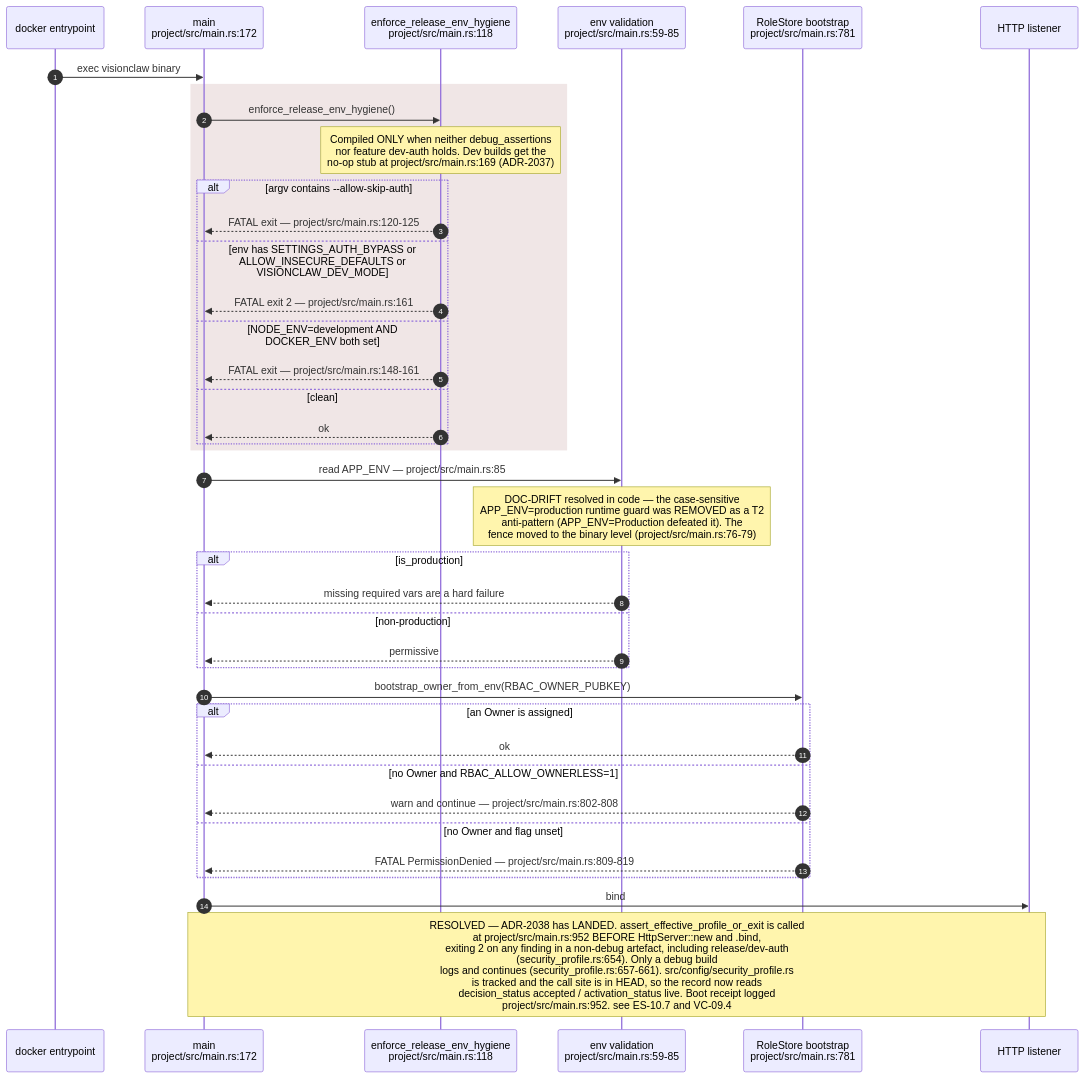
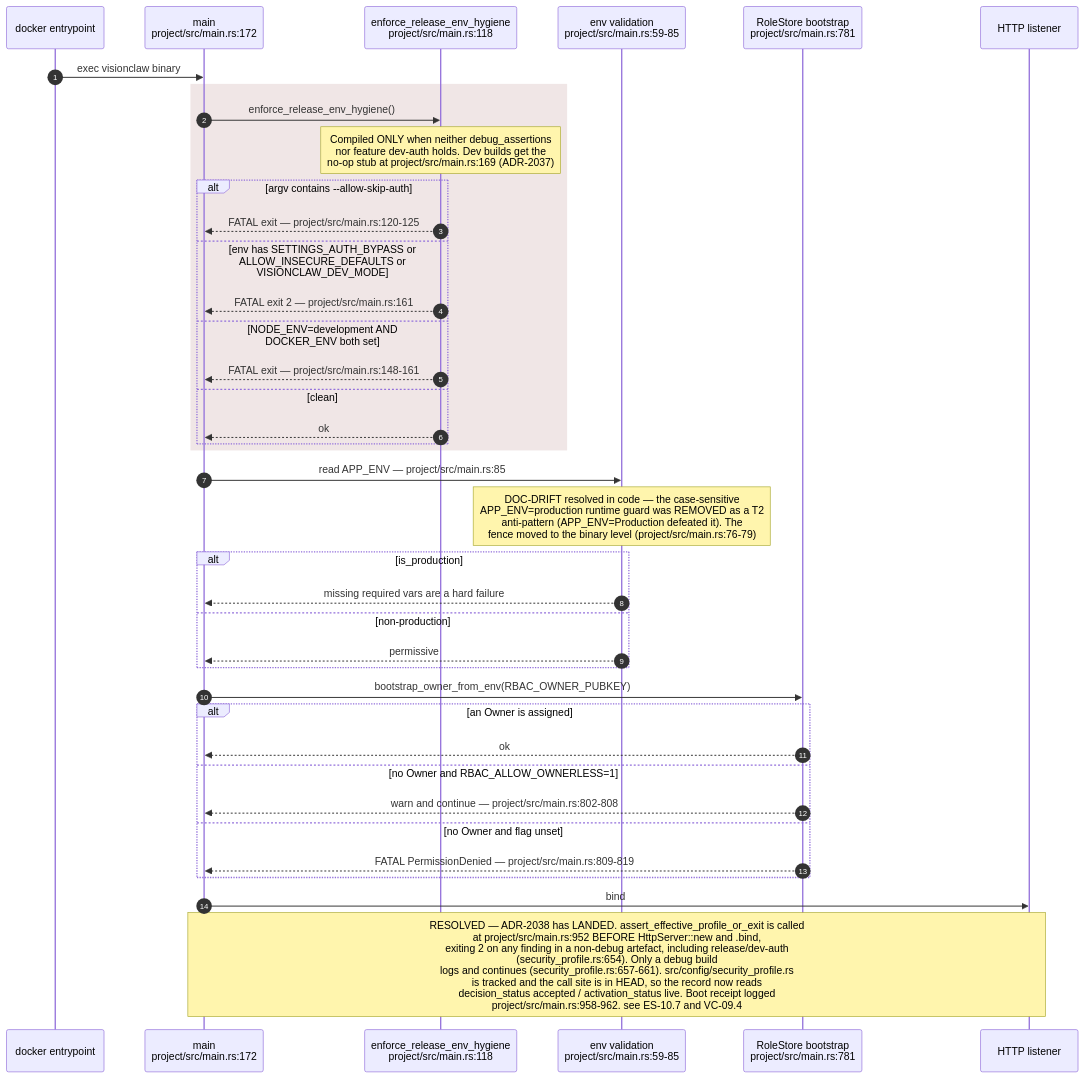
One commit to DreamLab-AI/VisionFlow changed the second of 11 diagrams in docs/diagrams/estate/10-deployment-and-security-profiles.md. Above: the diagram before and after it, drawn with Mermaid. The commit also changed other lines of this file and 91 other files, not shown here.

````diff
--- a/docs/diagrams/estate/10-deployment-and-security-profiles.md
+++ b/docs/diagrams/estate/10-deployment-and-security-profiles.md
@@ -102,42 +102,42 @@
 ```mermaid
 sequenceDiagram
     autonumber
     participant OS as docker entrypoint
     participant M as main<br/>project/src/main.rs:172
     participant EH as enforce_release_env_hygiene<br/>project/src/main.rs:118
     participant EV as env validation<br/>project/src/main.rs:59-85
     participant RS as RoleStore bootstrap<br/>project/src/main.rs:781
     participant L as HTTP listener
 
     OS->>M: exec visionclaw binary
     rect rgb(240,230,230)
     M->>EH: enforce_release_env_hygiene()
     Note over EH: Compiled ONLY when neither debug_assertions<br/>nor feature dev-auth holds. Dev builds get the<br/>no-op stub at project/src/main.rs:169 (ADR-2037)
     alt argv contains --allow-skip-auth
         EH-->>M: FATAL exit — project/src/main.rs:120-125
     else env has SETTINGS_AUTH_BYPASS or ALLOW_INSECURE_DEFAULTS or VISIONCLAW_DEV_MODE
         EH-->>M: FATAL exit 2 — project/src/main.rs:161
     else NODE_ENV=development AND DOCKER_ENV both set
         EH-->>M: FATAL exit — project/src/main.rs:148-161
     else clean
         EH-->>M: ok
     end
     end
     M->>EV: read APP_ENV — project/src/main.rs:85
     Note over EV: DOC-DRIFT resolved in code — the case-sensitive<br/>APP_ENV=production runtime guard was REMOVED as a T2<br/>anti-pattern (APP_ENV=Production defeated it). The<br/>fence moved to the binary level (project/src/main.rs:76-79)
     alt is_production
         EV-->>M: missing required vars are a hard failure
     else non-production
         EV-->>M: permissive
     end
     M->>RS: bootstrap_owner_from_env(RBAC_OWNER_PUBKEY)
     alt an Owner is assigned
         RS-->>M: ok
     else no Owner and RBAC_ALLOW_OWNERLESS=1
         RS-->>M: warn and continue — project/src/main.rs:802-808
     else no Owner and flag unset
         RS-->>M: FATAL PermissionDenied — project/src/main.rs:809-819
     end
     M->>L: bind
-    Note over M,L: RESOLVED — ADR-2038 has LANDED. assert_effective_profile_or_exit is called<br/>at project/src/main.rs:952 BEFORE HttpServer::new and .bind,<br/>exiting 2 on any finding in a non-debug artefact, including release/dev-auth<br/>(security_profile.rs:654). Only a debug build<br/>logs and continues (security_profile.rs:657-661). src/config/security_profile.rs<br/>is tracked and the call site is in HEAD, so the record now reads<br/>decision_status accepted / activation_status live. Boot receipt logged<br/>project/src/main.rs:952. see ES-10.7 and VC-09.4
+    Note over M,L: RESOLVED — ADR-2038 has LANDED. assert_effective_profile_or_exit is called<br/>at project/src/main.rs:952 BEFORE HttpServer::new and .bind,<br/>exiting 2 on any finding in a non-debug artefact, including release/dev-auth<br/>(security_profile.rs:654). Only a debug build<br/>logs and continues (security_profile.rs:657-661). src/config/security_profile.rs<br/>is tracked and the call site is in HEAD, so the record now reads<br/>decision_status accepted / activation_status live. Boot receipt logged<br/>project/src/main.rs:958-962. see ES-10.7 and VC-09.4
 ```
````
